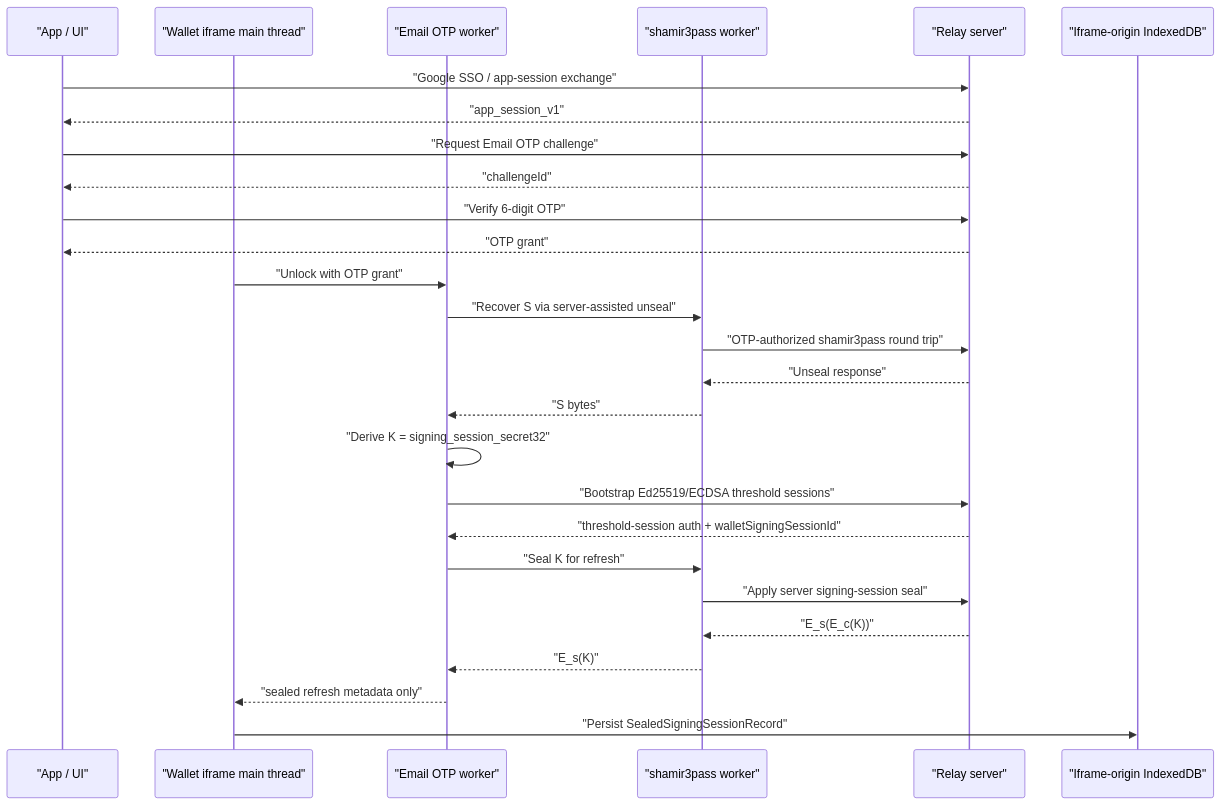
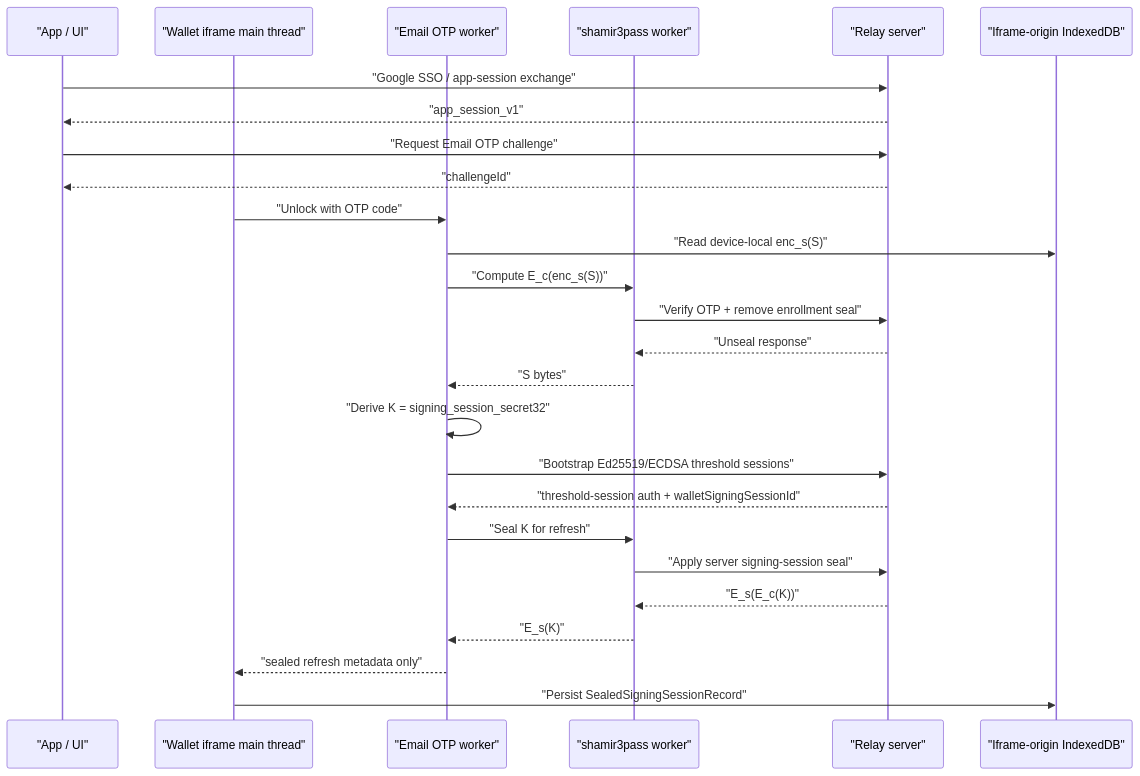
Before and after one commit to seams-tech/seams-sdk: the first of 2 diagrams in docs/otp-persist-session.md, drawn with Mermaid. The commit also changed other lines of this file and 8 other files, not shown here.

Commit message:
Document Email OTP recovery and sealed refresh

````diff
--- a/docs/otp-persist-session.md
+++ b/docs/otp-persist-session.md
@@ -590,30 +595,29 @@
 ```mermaid
 sequenceDiagram
   participant UI as "App / UI"
   participant Main as "Wallet iframe main thread"
   participant Email as "Email OTP worker"
   participant S3P as "shamir3pass worker"
   participant Server as "Relay server"
   participant Store as "Iframe-origin IndexedDB"
 
   UI->>Server: "Google SSO / app-session exchange"
   Server-->>UI: "app_session_v1"
   UI->>Server: "Request Email OTP challenge"
   Server-->>UI: "challengeId"
-  UI->>Server: "Verify 6-digit OTP"
-  Server-->>UI: "OTP grant"
-  Main->>Email: "Unlock with OTP grant"
-  Email->>S3P: "Recover S via server-assisted unseal"
-  S3P->>Server: "OTP-authorized shamir3pass round trip"
+  Main->>Email: "Unlock with OTP code"
+  Email->>Store: "Read device-local enc_s(S)"
+  Email->>S3P: "Compute E_c(enc_s(S))"
+  S3P->>Server: "Verify OTP + remove enrollment seal"
   Server-->>S3P: "Unseal response"
   S3P-->>Email: "S bytes"
   Email->>Email: "Derive K = signing_session_secret32"
   Email->>Server: "Bootstrap Ed25519/ECDSA threshold sessions"
   Server-->>Email: "threshold-session auth + walletSigningSessionId"
   Email->>S3P: "Seal K for refresh"
   S3P->>Server: "Apply server signing-session seal"
   Server-->>S3P: "E_s(E_c(K))"
   S3P-->>Email: "E_s(K)"
   Email-->>Main: "sealed refresh metadata only"
   Main->>Store: "Persist SealedSigningSessionRecord"
 ```
````
